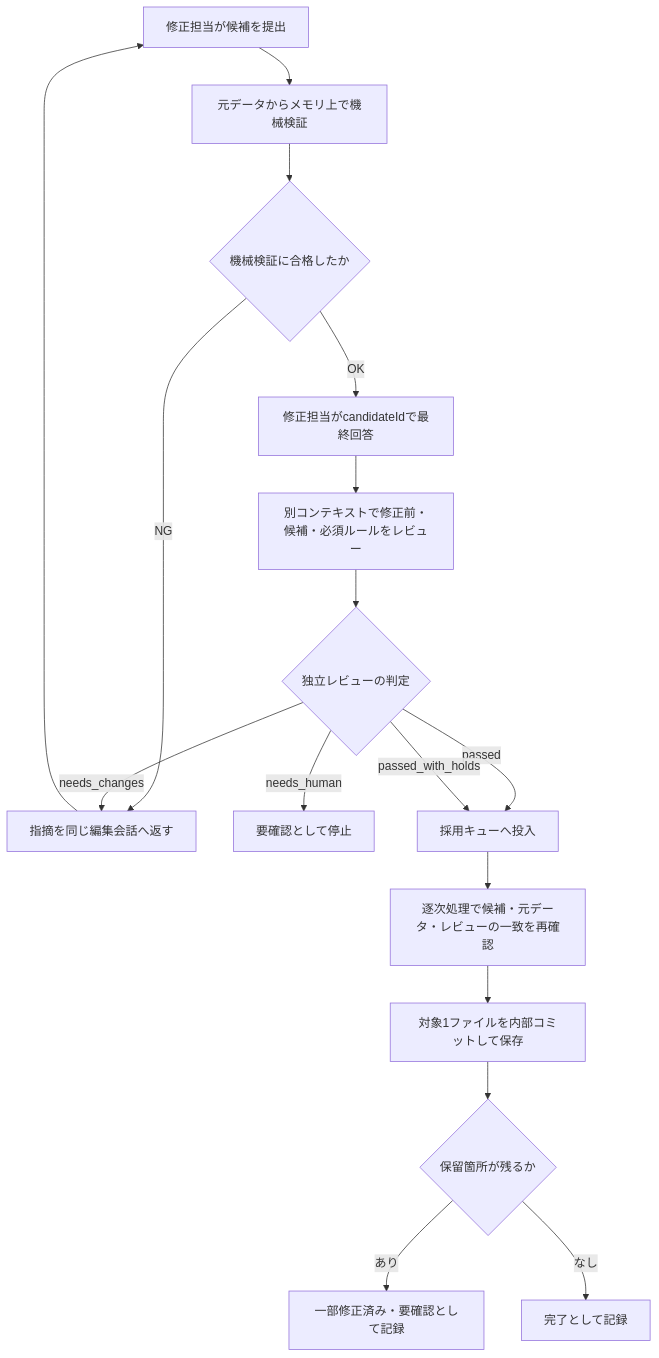
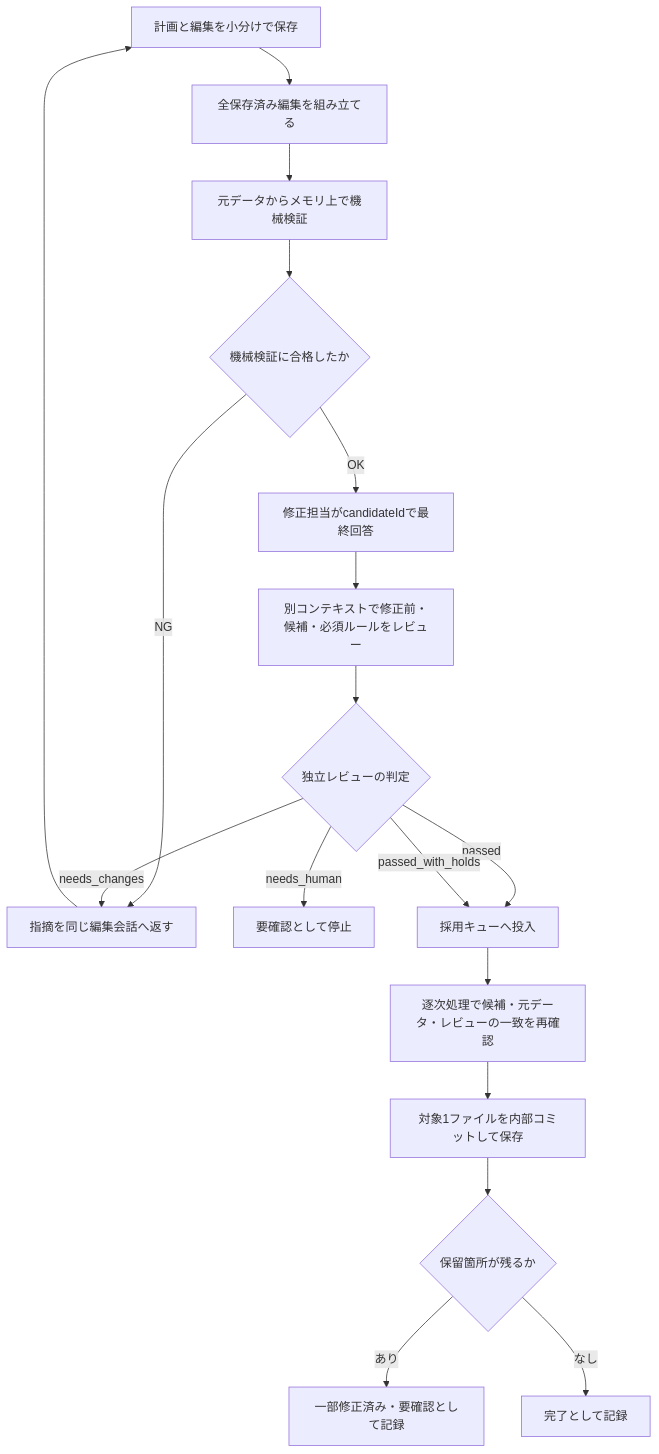
Before and after one commit to sunu-py-jp/OneByOne: the diagram in docs/design.md, drawn with Mermaid. The commit also changed other lines of this file and 121 other files, not shown here.

````diff
--- a/docs/design.md
+++ b/docs/design.md
@@ -198,19 +198,21 @@
 ```mermaid
 flowchart TD
-    Candidate["修正担当が候補を提出"] --> Mechanical["元データからメモリ上で機械検証"]
+    Candidate["計画と編集を小分けで保存"]
+    Candidate --> Assemble["全保存済み編集を組み立てる"]
+    Assemble --> Mechanical["元データからメモリ上で機械検証"]
     Mechanical --> Pass{"機械検証に合格したか"}
     Pass -->|"NG"| Feedback["指摘を同じ編集会話へ返す"]
     Feedback --> Candidate
     Pass -->|"OK"| Final["修正担当がcandidateIdで最終回答"]
     Final --> Review["別コンテキストで修正前・候補・必須ルールをレビュー"]
     Review --> Verdict{"独立レビューの判定"}
     Verdict -->|"needs_changes"| Feedback
     Verdict -->|"needs_human"| Hold["要確認として停止"]
     Verdict -->|"passed"| Queue["採用キューへ投入"]
     Verdict -->|"passed_with_holds"| Queue
     Queue --> Match["逐次処理で候補・元データ・レビューの一致を再確認"]
     Match --> Commit["対象1ファイルを内部コミットして保存"]
     Commit --> Status{"保留箇所が残るか"}
     Status -->|"あり"| Partial["一部修正済み・要確認として記録"]
     Status -->|"なし"| Done["完了として記録"]
 ```
````
